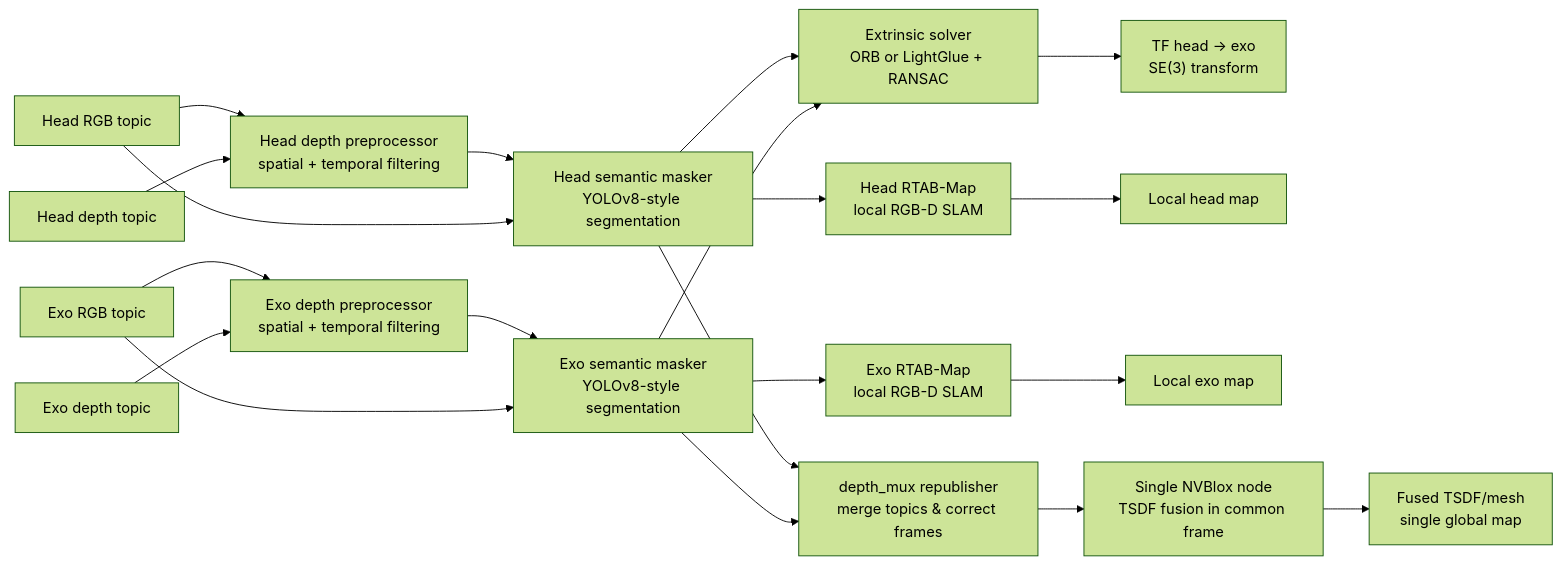
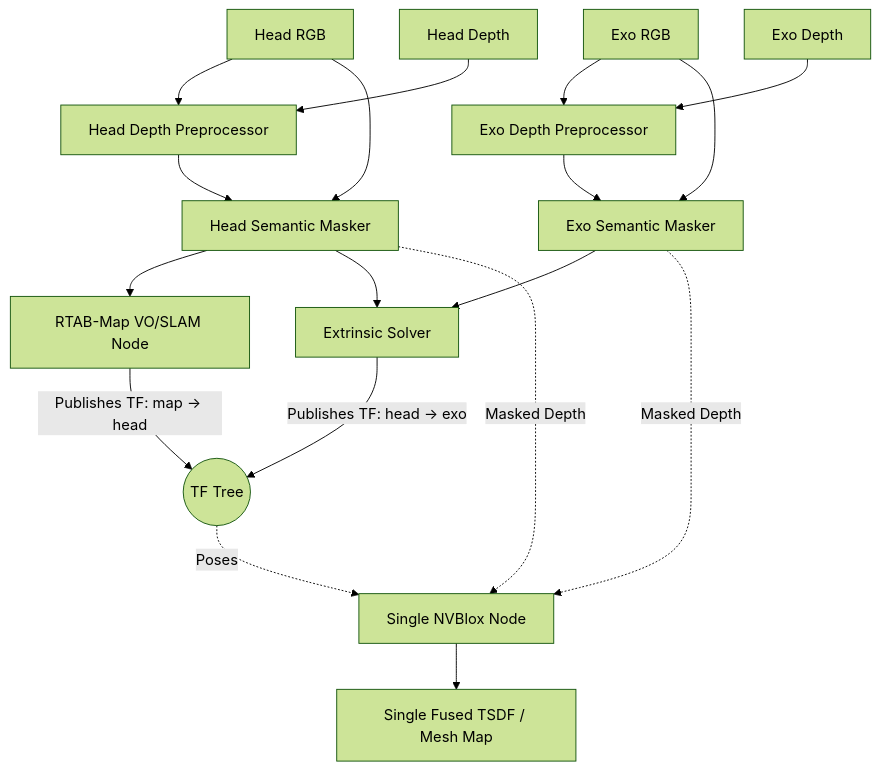
One commit to davidebaggio/MARS-Exo changed the diagram in pipeline.md. Above: the diagram before and after it, drawn with Mermaid (forest theme). The commit also changed other lines of this file and 5 other files, not shown here.

````diff
--- a/pipeline.md
+++ b/pipeline.md
@@ -19,23 +18,29 @@
 ```mermaid
-flowchart LR
-    A1[Head RGB topic] --> B1["Head depth preprocessor<br/>spatial + temporal filtering"]
-    A2[Head depth topic] --> B1
-    B1 --> C1["Head semantic masker<br/>YOLOv8-style segmentation"]
+flowchart TD
+    %% Inputs
+    A1[Head RGB] --> B1[Head Depth Preprocessor]
+    A2[Head Depth] --> B1
+    A3[Exo RGB] --> B2[Exo Depth Preprocessor]
+    A4[Exo Depth] --> B2
+
+    %% Masking
+    B1 --> C1[Head Semantic Masker]
     A1 --> C1
-    C1 --> D1["Head RTAB-Map<br/>local RGB-D SLAM"]
-    A3[Exo RGB topic] --> B2["Exo depth preprocessor<br/>spatial + temporal filtering"]
-    A4[Exo depth topic] --> B2
-    B2 --> C2["Exo semantic masker<br/>YOLOv8-style segmentation"]
+    B2 --> C2[Exo Semantic Masker]
     A3 --> C2
-    C2 --> D2["Exo RTAB-Map<br/>local RGB-D SLAM"]
 
-    C1 --> F["Extrinsic solver<br/>ORB or LightGlue + RANSAC"]
+    %% Tracking & Extrinsics
+    C1 --> D[RTAB-Map VO/SLAM Node]
+    D --> |Publishes TF: map -> head| TF_TREE((TF Tree))
+    
+    C1 --> F[Extrinsic Solver]
     C2 --> F
-    F --> G["TF head -> exo<br/>SE(3) transform"]
-    D1 --> H["Local head map"]
-    D2 --> I["Local exo map"]
-    C1 --> MUX["depth_mux republisher<br/>merge topics & correct frames"]
-    C2 --> MUX
-    MUX --> N["Single NVBlox node<br/>TSDF fusion in common frame"]
-    N --> J["Fused TSDF/mesh<br/>single global map"]
+    F --> |Publishes TF: head -> exo| TF_TREE
+
+    %% Fusion
+    C1 -. Masked Depth .-> N[Single NVBlox Node]
+    C2 -. Masked Depth .-> N
+    TF_TREE -. Poses .-> N
+    
+    N --> J[Single Fused TSDF / Mesh Map]
 ```
````
